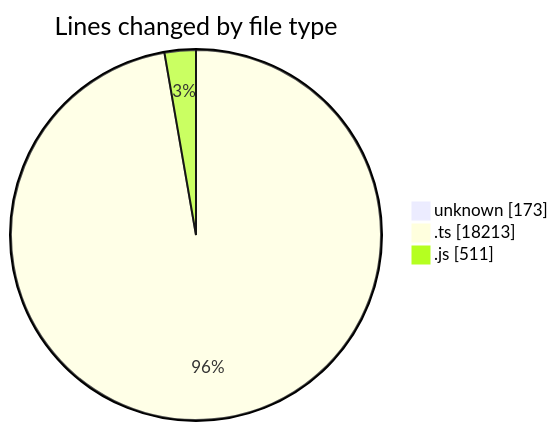
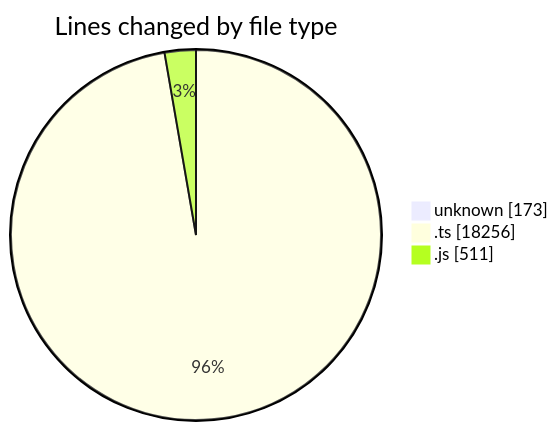
One commit to momahboobian/code-tracking changed the first of 2 diagrams in 2026-08-24/cda/README.md. Above: the diagram before and after it, drawn with Mermaid. The commit also changed other lines of this file and 1 other file, not shown here.

````diff
--- a/2026-08-24/cda/README.md
+++ b/2026-08-24/cda/README.md
@@ -31,7 +31,7 @@
 ```mermaid
 pie showData
 title Lines changed by file type
 "unknown" : 173
-".ts" : 18213
+".ts" : 18256
 ".js" : 511
 ```
````
